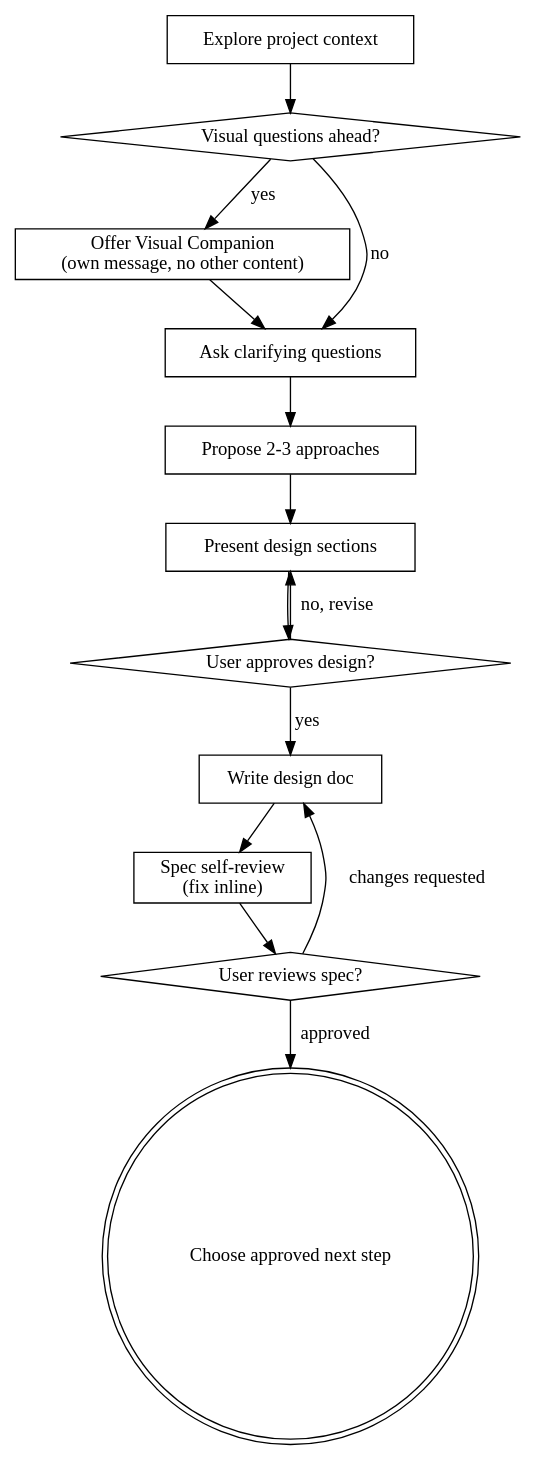
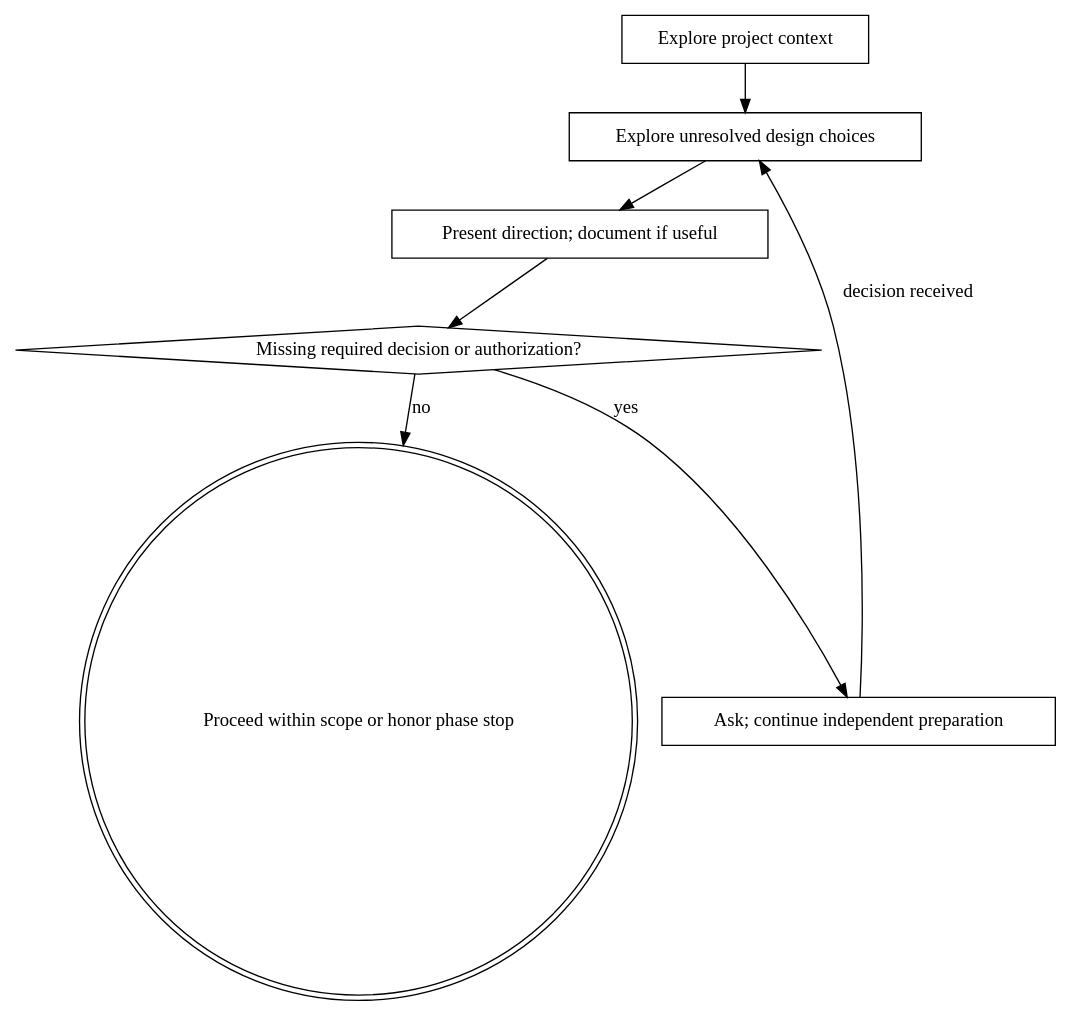
One commit to MaginaLW/ai-agent-dotfiles changed the diagram in skills-source/shared/brainstorming/SKILL.md. Above: the diagram before and after it, drawn with Graphviz. The commit also changed other lines of this file and 5 other files, not shown here.

````diff
--- a/skills-source/shared/brainstorming/SKILL.md
+++ b/skills-source/shared/brainstorming/SKILL.md
@@ -36,29 +34,17 @@
 ```dot
 digraph brainstorming {
     "Explore project context" [shape=box];
-    "Visual questions ahead?" [shape=diamond];
-    "Offer Visual Companion\n(own message, no other content)" [shape=box];
-    "Ask clarifying questions" [shape=box];
-    "Propose 2-3 approaches" [shape=box];
-    "Present design sections" [shape=box];
-    "User approves design?" [shape=diamond];
-    "Write design doc" [shape=box];
-    "Spec self-review\n(fix inline)" [shape=box];
-    "User reviews spec?" [shape=diamond];
-    "Choose approved next step" [shape=doublecircle];
+    "Explore unresolved design choices" [shape=box];
+    "Present direction; document if useful" [shape=box];
+    "Missing required decision or authorization?" [shape=diamond];
+    "Ask; continue independent preparation" [shape=box];
+    "Proceed within scope or honor phase stop" [shape=doublecircle];
 
-    "Explore project context" -> "Visual questions ahead?";
-    "Visual questions ahead?" -> "Offer Visual Companion\n(own message, no other content)" [label="yes"];
-    "Visual questions ahead?" -> "Ask clarifying questions" [label="no"];
-    "Offer Visual Companion\n(own message, no other content)" -> "Ask clarifying questions";
-    "Ask clarifying questions" -> "Propose 2-3 approaches";
-    "Propose 2-3 approaches" -> "Present design sections";
-    "Present design sections" -> "User approves design?";
-    "User approves design?" -> "Present design sections" [label="no, revise"];
-    "User approves design?" -> "Write design doc" [label="yes"];
-    "Write design doc" -> "Spec self-review\n(fix inline)";
-    "Spec self-review\n(fix inline)" -> "User reviews spec?";
-    "User reviews spec?" -> "Write design doc" [label="changes requested"];
-    "User reviews spec?" -> "Choose approved next step" [label="approved"];
+    "Explore project context" -> "Explore unresolved design choices";
+    "Explore unresolved design choices" -> "Present direction; document if useful";
+    "Present direction; document if useful" -> "Missing required decision or authorization?";
+    "Missing required decision or authorization?" -> "Ask; continue independent preparation" [label="yes"];
+    "Ask; continue independent preparation" -> "Explore unresolved design choices" [label="decision received"];
+    "Missing required decision or authorization?" -> "Proceed within scope or honor phase stop" [label="no"];
 }
 ```
````
